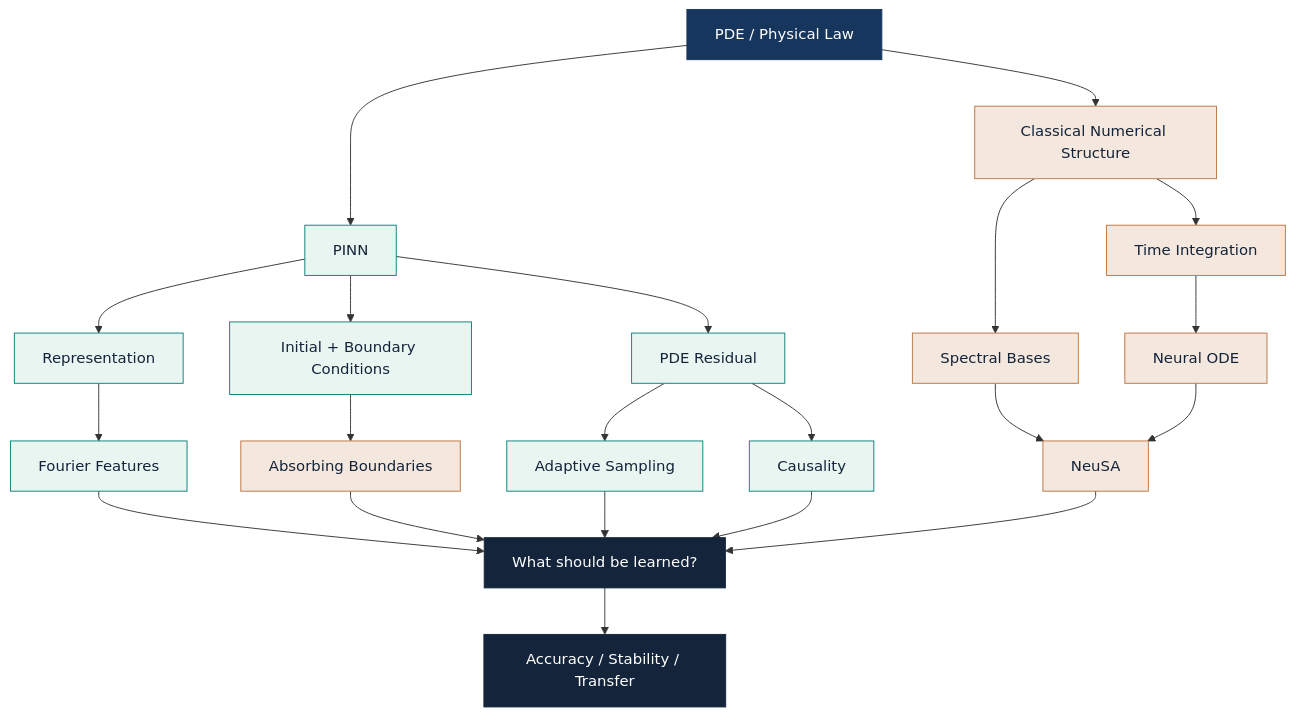
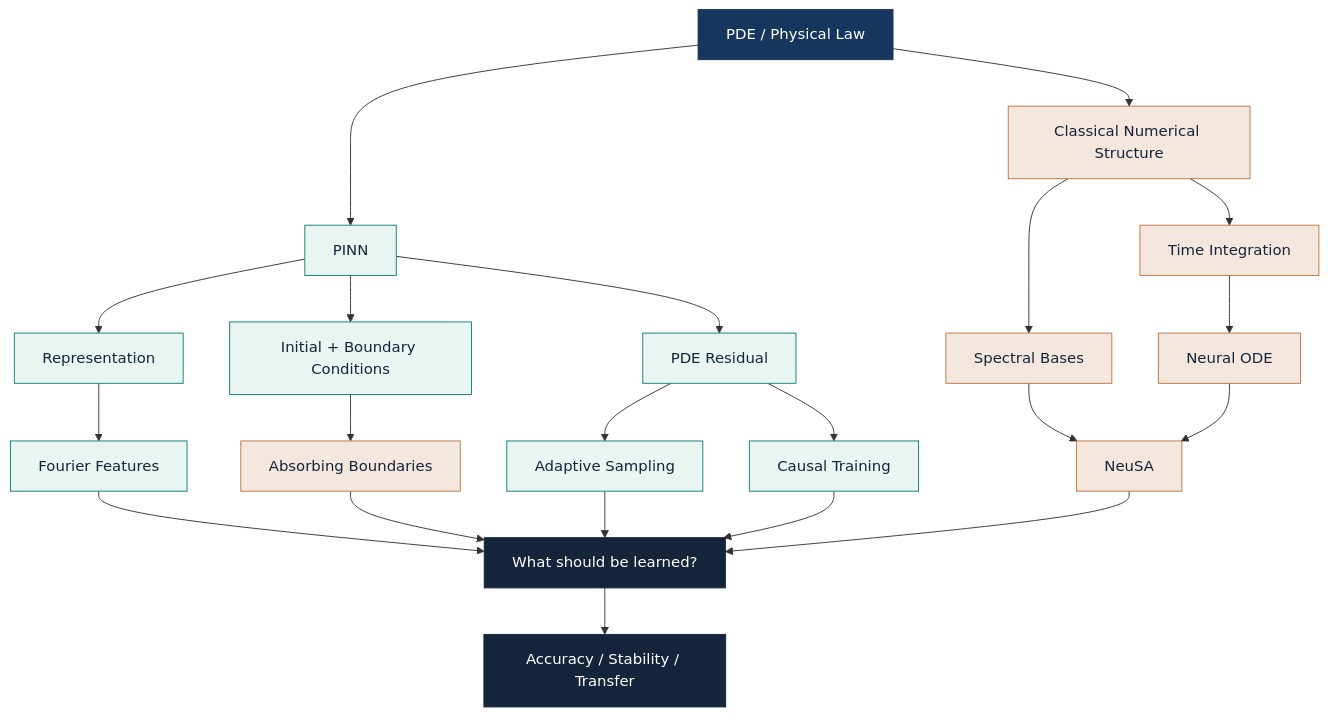
Before and after one commit to EsteArgMartAcosta/PINNS-IMPS-LECTURE-COURSE: the first of 2 diagrams in README.md, drawn with Mermaid. The commit also changed other lines of this file, not shown here.

````diff
--- a/README.md
+++ b/README.md
@@ -57,44 +73,44 @@
 ```mermaid
 flowchart TD
 
     PDE["PDE / Physical Law"]
 
     PDE --> PINN["PINN"]
-    PDE --> CS["Classical Numerical Structure"]
+    PDE --> NUM["Classical Numerical Structure"]
 
     PINN --> RES["PDE Residual"]
     PINN --> ICBC["Initial + Boundary Conditions"]
 
-    RES --> CAUS["Causality"]
+    RES --> CAUS["Causal Training"]
     RES --> SAMP["Adaptive Sampling"]
 
     ICBC --> ABC["Absorbing Boundaries"]
 
     PINN --> REP["Representation"]
     REP --> FF["Fourier Features"]
 
-    CS --> SPEC["Spectral Bases"]
-    CS --> TIME["Time Integration"]
+    NUM --> SPEC["Spectral Bases"]
+    NUM --> TIME["Time Integration"]
 
     TIME --> NODE["Neural ODE"]
     SPEC --> NEUSA["NeuSA"]
     NODE --> NEUSA
 
     FF --> QUESTION["What should be learned?"]
     ABC --> QUESTION
     SAMP --> QUESTION
     CAUS --> QUESTION
     NEUSA --> QUESTION
 
-    QUESTION --> TRANSFER["Accuracy / Stability / Transfer"]
+    QUESTION --> OUT["Accuracy / Stability / Transfer"]
 
     classDef physics fill:#17365D,color:white,stroke:#17365D;
     classDef learning fill:#E8F5F1,color:#14243A,stroke:#087F78;
     classDef numerical fill:#F4E7DD,color:#14243A,stroke:#BD743F;
     classDef result fill:#14243A,color:white,stroke:#14243A;
 
     class PDE physics;
     class PINN,RES,ICBC,CAUS,SAMP,REP,FF learning;
-    class CS,SPEC,TIME,NODE,ABC,NEUSA numerical;
-    class QUESTION,TRANSFER result;
+    class NUM,SPEC,TIME,NODE,ABC,NEUSA numerical;
+    class QUESTION,OUT result;
 ```
````
